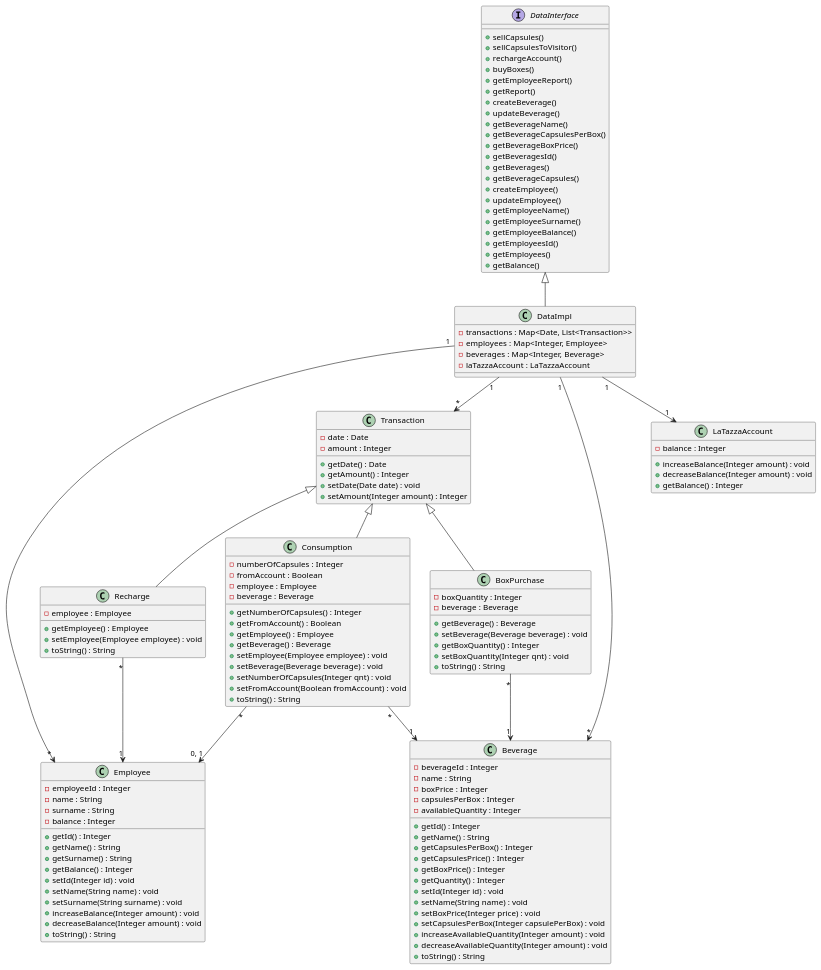
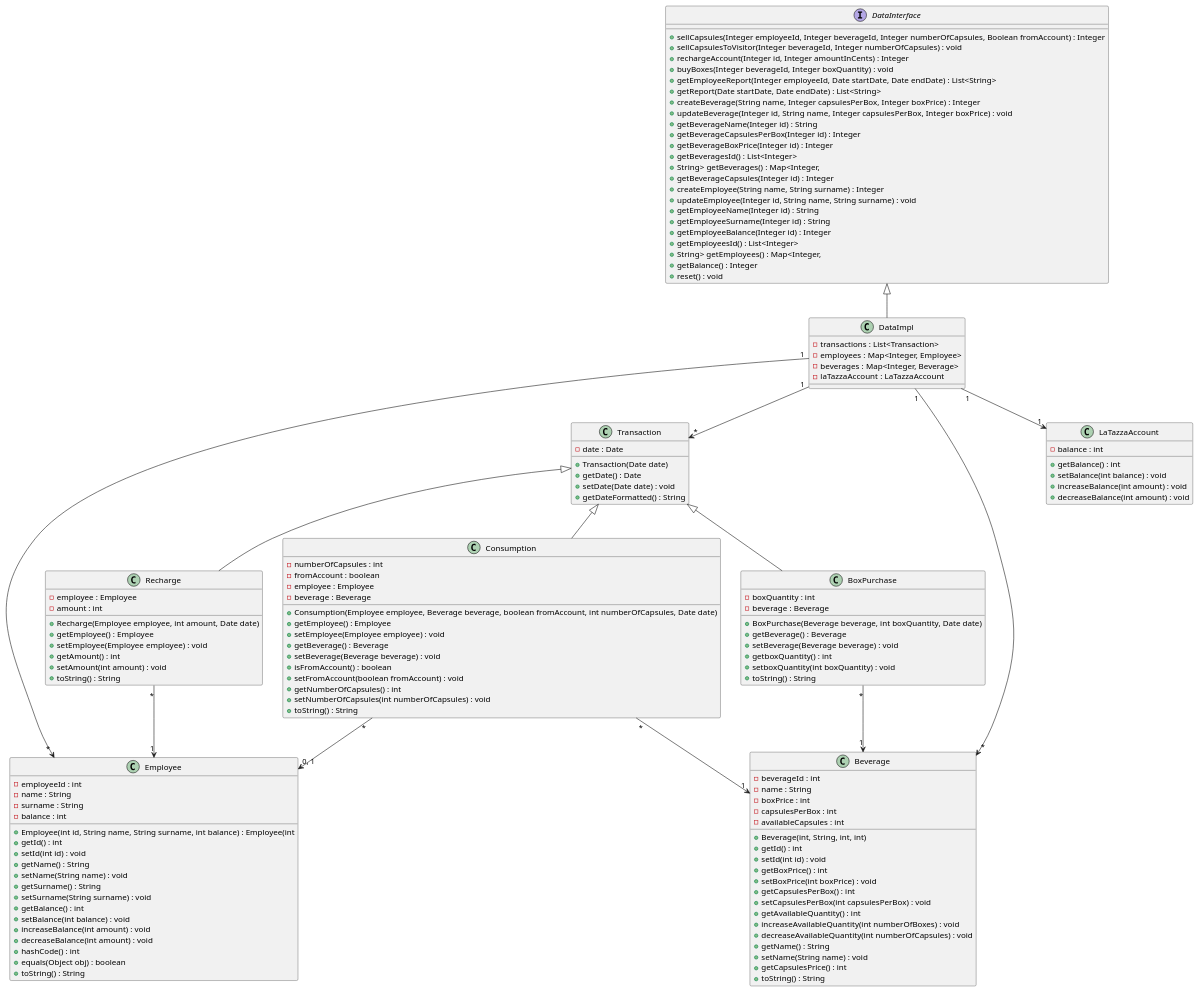
The third of 5 diagrams in design_document.md (eloparco/LaTazza), drawn with PlantUML before and after one commit. The commit also changed other lines of this file, not shown here.

Commit message:
Update methods in class diagram

````diff
--- a/design_document.md
+++ b/design_document.md
@@ -51,118 +51,131 @@
 ```plantuml
 class Beverage {
-- beverageId : Integer
+- beverageId : int
 - name : String
-- boxPrice : Integer
-- capsulesPerBox : Integer
-- availableQuantity : Integer
-+ getId() : Integer
+- boxPrice : int
+- capsulesPerBox : int
+- availableCapsules : int
++ Beverage(int, String, int, int)
++ getId() : int
++ setId(int id) : void
++ getBoxPrice() : int
++ setBoxPrice(int boxPrice) : void
++ getCapsulesPerBox() : int
++ setCapsulesPerBox(int capsulesPerBox) : void
++ getAvailableQuantity() : int
++ increaseAvailableQuantity(int numberOfBoxes) : void
++ decreaseAvailableQuantity(int numberOfCapsules) : void
 + getName() : String
-+ getCapsulesPerBox() : Integer
-+ getCapsulesPrice() : Integer
-+ getBoxPrice() : Integer
-+ getQuantity() : Integer
-+ setId(Integer id) : void
 + setName(String name) : void
-+ setBoxPrice(Integer price) : void
-+ setCapsulesPerBox(Integer capsulePerBox) : void
-+ increaseAvailableQuantity(Integer amount) : void
-+ decreaseAvailableQuantity(Integer amount) : void
++ getCapsulesPrice() : int
 + toString() : String
 }
 
 class Employee {
-- employeeId : Integer
+- employeeId : int
 - name : String
 - surname : String
-- balance : Integer
-+ getId() : Integer
+- balance : int
++ Employee(int id, String name, String surname, int balance) : Employee(int
++ getId() : int
++ setId(int id) : void
 + getName() : String
++ setName(String name) : void
 + getSurname() : String
-+ getBalance() : Integer
-+ setId(Integer id) : void
-+ setName(String name) : void
 + setSurname(String surname) : void
-+ increaseBalance(Integer amount) : void
-+ decreaseBalance(Integer amount) : void
++ getBalance() : int
++ setBalance(int balance) : void
++ increaseBalance(int amount) : void
++ decreaseBalance(int amount) : void
++ hashCode() : int
++ equals(Object obj) : boolean
 + toString() : String
+
 }
 
 class Transaction {
 - date : Date
-- amount : Integer
++ Transaction(Date date)
 + getDate() : Date
-+ getAmount() : Integer
 + setDate(Date date) : void
-+ setAmount(Integer amount) : Integer
++ getDateFormatted() : String
 }
 
 class Consumption {
-- numberOfCapsules : Integer
-- fromAccount : Boolean
+- numberOfCapsules : int
+- fromAccount : boolean
 - employee : Employee
 - beverage : Beverage
-+ getNumberOfCapsules() : Integer
-+ getFromAccount() : Boolean
++ Consumption(Employee employee, Beverage beverage, boolean fromAccount, int numberOfCapsules, Date date)
 + getEmployee() : Employee
++ setEmployee(Employee employee) : void
 + getBeverage() : Beverage
-+ setEmployee(Employee employee) : void
 + setBeverage(Beverage beverage) : void
-+ setNumberOfCapsules(Integer qnt) : void
-+ setFromAccount(Boolean fromAccount) : void
++ isFromAccount() : boolean
++ setFromAccount(boolean fromAccount) : void
++ getNumberOfCapsules() : int
++ setNumberOfCapsules(int numberOfCapsules) : void
 + toString() : String
 }
 
 class BoxPurchase {
-- boxQuantity : Integer
+- boxQuantity : int
 - beverage : Beverage
++ BoxPurchase(Beverage beverage, int boxQuantity, Date date)
 + getBeverage() : Beverage
 + setBeverage(Beverage beverage) : void
-+ getBoxQuantity() : Integer
-+ setBoxQuantity(Integer qnt) : void
++ getboxQuantity() : int
++ setboxQuantity(int boxQuantity) : void
 + toString() : String
 }
 
 class Recharge {
 - employee : Employee
+- amount : int
++ Recharge(Employee employee, int amount, Date date)
 + getEmployee() : Employee
 + setEmployee(Employee employee) : void
++ getAmount() : int
++ setAmount(int amount) : void
 + toString() : String
 }
 
 class LaTazzaAccount {
-- balance : Integer
-+ increaseBalance(Integer amount) : void
-+ decreaseBalance(Integer amount) : void
-+ getBalance() : Integer
+- balance : int
++ getBalance() : int
++ setBalance(int balance) : void
++ increaseBalance(int amount) : void
++ decreaseBalance(int amount) : void
 }
 
 interface DataInterface {
-+ sellCapsules()
-+ sellCapsulesToVisitor()
-+ rechargeAccount()
-+ buyBoxes()
-+ getEmployeeReport()
-+ getReport()
-+ createBeverage()
-+ updateBeverage()
-+ getBeverageName()
-+ getBeverageCapsulesPerBox()
-+ getBeverageBoxPrice()
-+ getBeveragesId()
-+ getBeverages()
-+ getBeverageCapsules()
-+ createEmployee()
-+ updateEmployee()
-+ getEmployeeName()
-+ getEmployeeSurname()
-+ getEmployeeBalance()
-+ getEmployeesId()
-+ getEmployees()
-+ getBalance()
++ sellCapsules(Integer employeeId, Integer beverageId, Integer numberOfCapsules, Boolean fromAccount) : Integer
++ sellCapsulesToVisitor(Integer beverageId, Integer numberOfCapsules) : void
++ rechargeAccount(Integer id, Integer amountInCents) : Integer
++ buyBoxes(Integer beverageId, Integer boxQuantity) : void
++ getEmployeeReport(Integer employeeId, Date startDate, Date endDate) : List<String>
++ getReport(Date startDate, Date endDate) : List<String>
++ createBeverage(String name, Integer capsulesPerBox, Integer boxPrice) : Integer
++ updateBeverage(Integer id, String name, Integer capsulesPerBox, Integer boxPrice) : void
++ getBeverageName(Integer id) : String
++ getBeverageCapsulesPerBox(Integer id) : Integer
++ getBeverageBoxPrice(Integer id) : Integer
++ getBeveragesId() : List<Integer>
++ String> getBeverages() : Map<Integer,
++ getBeverageCapsules(Integer id) : Integer
++ createEmployee(String name, String surname) : Integer
++ updateEmployee(Integer id, String name, String surname) : void
++ getEmployeeName(Integer id) : String
++ getEmployeeSurname(Integer id) : String
++ getEmployeeBalance(Integer id) : Integer
++ getEmployeesId() : List<Integer>
++ String> getEmployees() : Map<Integer,
++ getBalance() : Integer
++ reset() : void
 }
 
 class DataImpl {
-- transactions : Map<Date, List<Transaction>>
+- transactions : List<Transaction>
 - employees : Map<Integer, Employee>
 - beverages : Map<Integer, Beverage> 
 - laTazzaAccount : LaTazzaAccount
````
